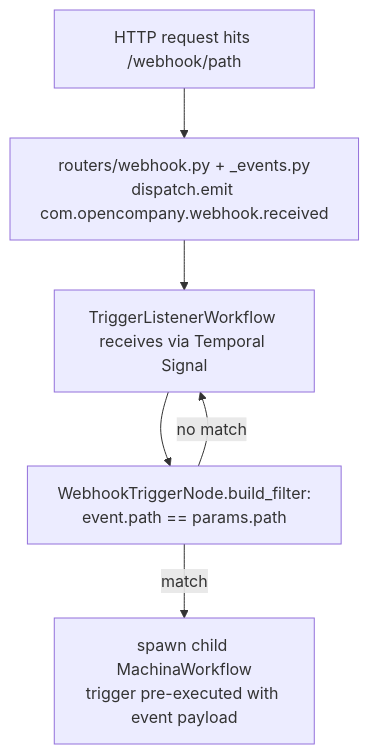
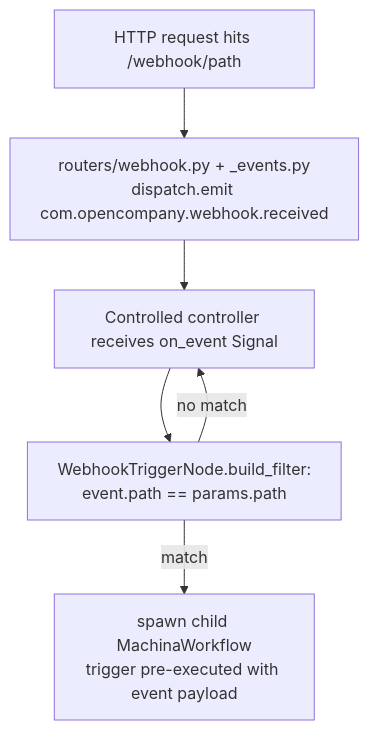
The diagram in docs-internal/node-logic-flows/workflow_triggers/webhookTrigger.md (zeenie-ai/OpenCompany), drawn with Mermaid before and after one commit. The commit also changed other lines of this file and 95 other files, not shown here.

````diff
--- a/docs-internal/node-logic-flows/workflow_triggers/webhookTrigger.md
+++ b/docs-internal/node-logic-flows/workflow_triggers/webhookTrigger.md
@@ -64,8 +65,8 @@
 ```mermaid
 flowchart TD
   P[HTTP request hits /webhook/path] --> Q[routers/webhook.py + _events.py<br/>dispatch.emit com.opencompany.webhook.received]
-  Q --> R[TriggerListenerWorkflow receives via Temporal Signal]
+  Q --> R[Controlled controller receives on_event Signal]
   R --> S[WebhookTriggerNode.build_filter:<br/>event.path == params.path]
   S -- match --> T[spawn child MachinaWorkflow<br/>trigger pre-executed with event payload]
   S -- no match --> R
 ```
````
